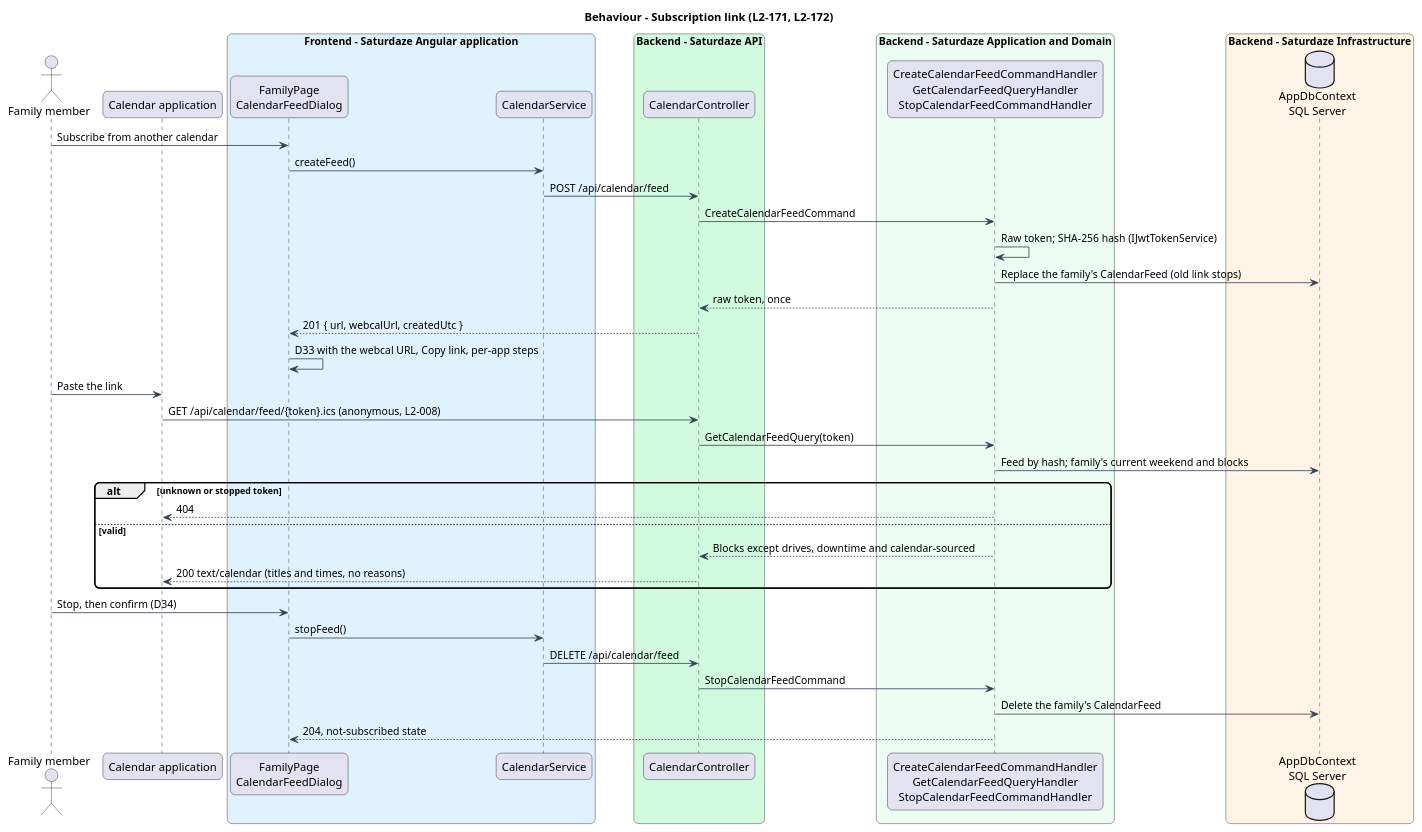
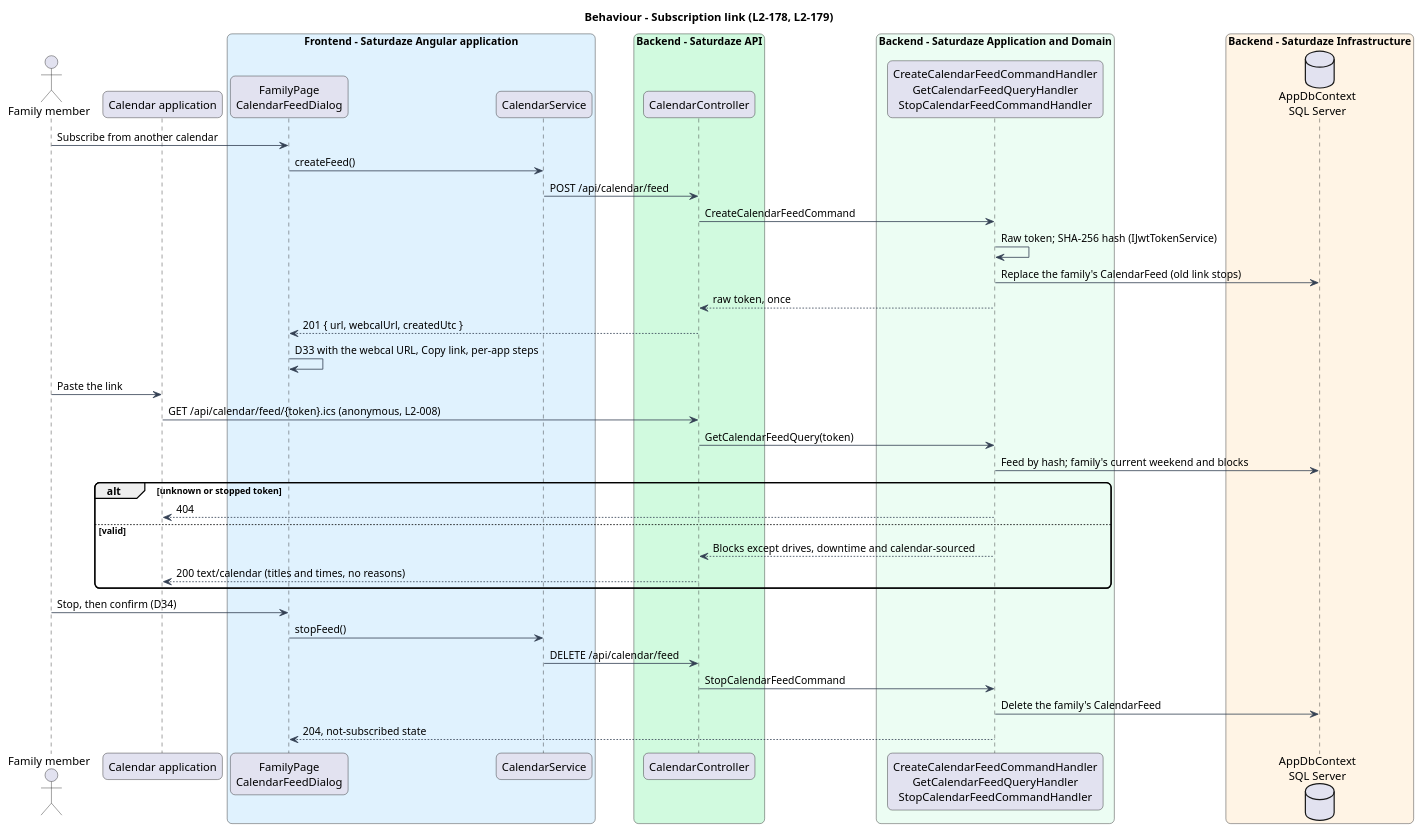
One commit to QuinntyneBrown/saturdaze changed the diagram in docs/detailed-designs/identity-and-access/connect-calendar/diagrams/sequence-subscription-feed.puml. Above: the diagram before and after it, drawn with PlantUML. The commit also changed 76 other files, not shown here.

```diff
--- a/docs/detailed-designs/identity-and-access/connect-calendar/diagrams/sequence-subscription-feed.puml
+++ b/docs/detailed-designs/identity-and-access/connect-calendar/diagrams/sequence-subscription-feed.puml
@@ -1,48 +1,48 @@
 @startuml
-title Behaviour - Subscription link (L2-171, L2-172)
+title Behaviour - Subscription link (L2-178, L2-179)
 skinparam backgroundColor #FFFFFF
 skinparam shadowing false
 skinparam roundcorner 12
 skinparam defaultFontName Arial
 skinparam ArrowColor #344054
 actor "Family member" as actor
 participant "Calendar application" as calapp
 box "Frontend - Saturdaze Angular application" #E0F2FE
  participant "FamilyPage\nCalendarFeedDialog" as page
  participant "CalendarService" as svc
 end box
 box "Backend - Saturdaze API" #D1FADF
  participant "CalendarController" as controller
 end box
 box "Backend - Saturdaze Application and Domain" #ECFDF3
  participant "CreateCalendarFeedCommandHandler\nGetCalendarFeedQueryHandler\nStopCalendarFeedCommandHandler" as handler
 end box
 box "Backend - Saturdaze Infrastructure" #FFF4E5
  database "AppDbContext\nSQL Server" as db
 end box
 actor -> page : Subscribe from another calendar
 page -> svc : createFeed()
 svc -> controller : POST /api/calendar/feed
 controller -> handler : CreateCalendarFeedCommand
 handler -> handler : Raw token; SHA-256 hash (IJwtTokenService)
 handler -> db : Replace the family's CalendarFeed (old link stops)
 handler --> controller : raw token, once
 controller --> page : 201 { url, webcalUrl, createdUtc }
 page -> page : D33 with the webcal URL, Copy link, per-app steps
 actor -> calapp : Paste the link
 calapp -> controller : GET /api/calendar/feed/{token}.ics (anonymous, L2-008)
 controller -> handler : GetCalendarFeedQuery(token)
 handler -> db : Feed by hash; family's current weekend and blocks
 alt unknown or stopped token
 handler --> calapp : 404
 else valid
 handler --> controller : Blocks except drives, downtime and calendar-sourced
 controller --> calapp : 200 text/calendar (titles and times, no reasons)
 end
 actor -> page : Stop, then confirm (D34)
 page -> svc : stopFeed()
 svc -> controller : DELETE /api/calendar/feed
 controller -> handler : StopCalendarFeedCommand
 handler -> db : Delete the family's CalendarFeed
 handler --> page : 204, not-subscribed state
 @enduml
```
